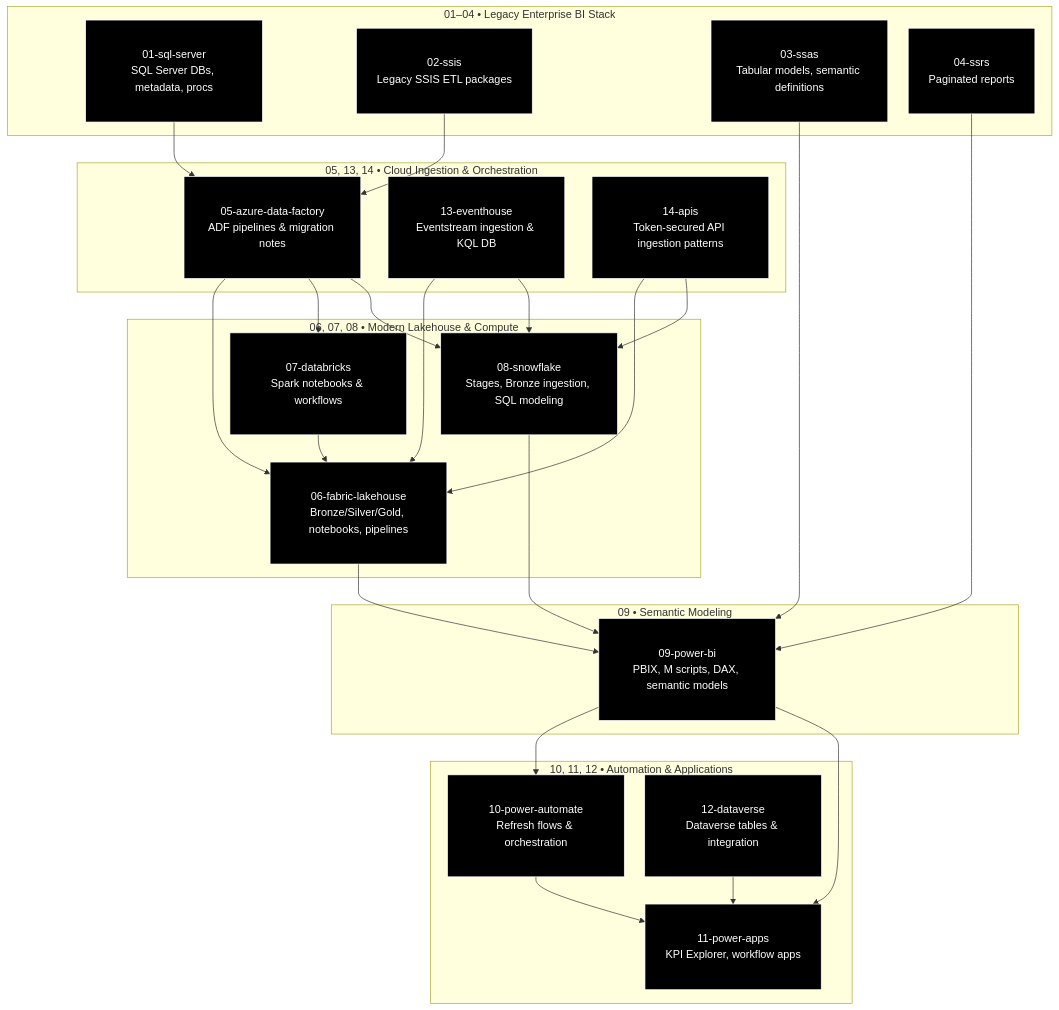
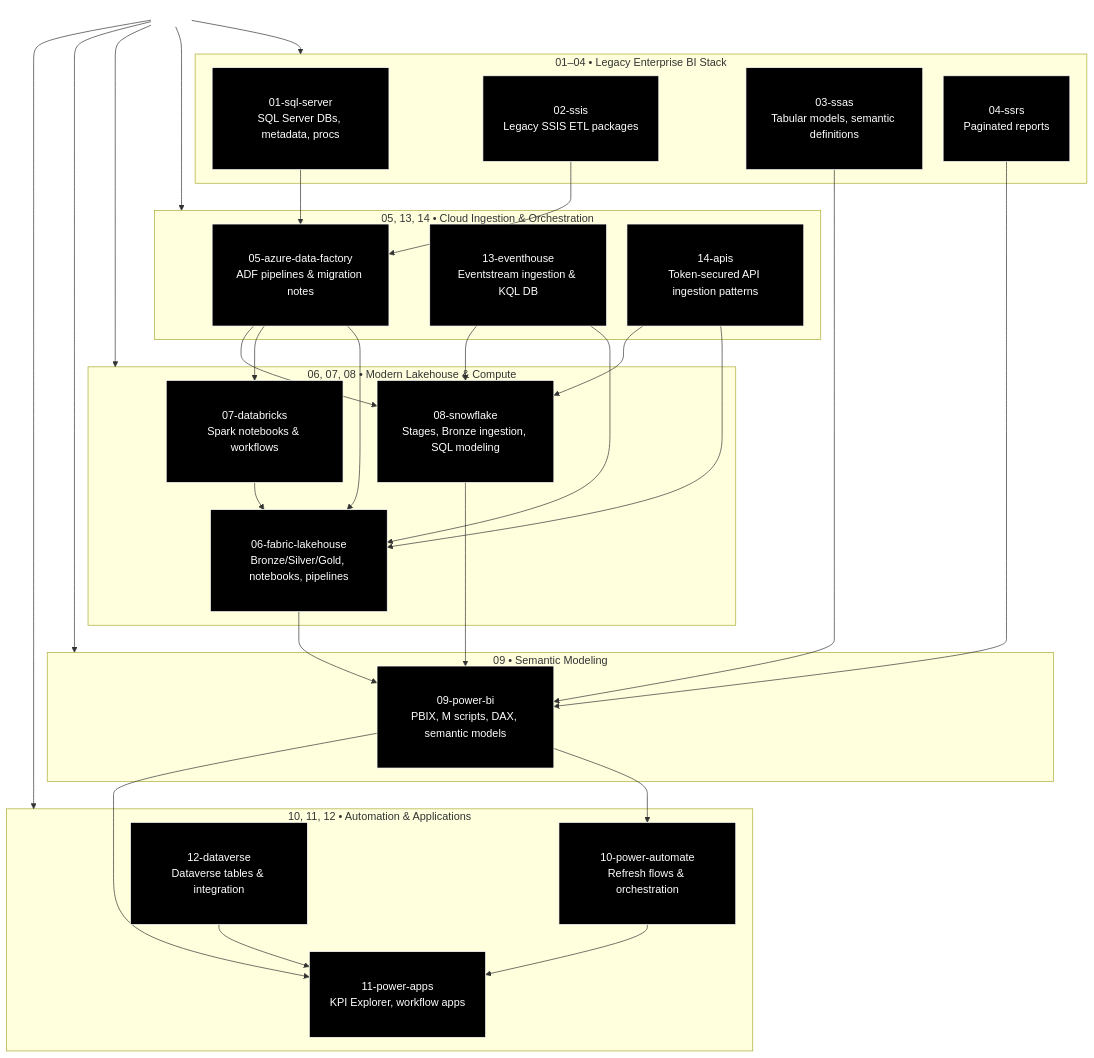
The diagram in docs/README.md (michaelraylloyd/gulf-to-bay-analytics-modernization), drawn with Mermaid before and after one commit.

Commit message:
Expanded SQL Server modernization narrative; added GTB-aligned documentation and DBA toolkit headers

```diff
--- a/docs/README.md
+++ b/docs/README.md
@@ -580,10 +580,15 @@
 classDef spacer fill:#0000,stroke:#0000,color:#0000;
 
 %% ---------------------------------
+%% GLOBAL SPACER ABOVE ALL SUBGRAPHS
+%% ---------------------------------
+TOP_PAD[" "]:::spacer
+
+%% ---------------------------------
 %% L1 — LEGACY ENTERPRISE BI STACK
 %% ---------------------------------
+TOP_PAD --> L1
 subgraph L1[01–04 • Legacy Enterprise BI Stack]
-    L1_PAD["\n\n"]:::spacer
     SQL[01-sql-server<br/>SQL Server DBs, metadata, procs]:::dark
     SSIS[02-ssis<br/>Legacy SSIS ETL packages]:::dark
     SSAS[03-ssas<br/>Tabular models, semantic definitions]:::dark
@@ -593,8 +598,8 @@
 %% ---------------------------------
 %% L2 — CLOUD INGESTION & ORCHESTRATION
 %% ---------------------------------
+TOP_PAD --> L2
 subgraph L2[05, 13, 14 • Cloud Ingestion & Orchestration]
-    L2_PAD["\n\n"]:::spacer
     ADF[05-azure-data-factory<br/>ADF pipelines & migration notes]:::dark
     EVENT[13-eventhouse<br/>Eventstream ingestion & KQL DB]:::dark
     APIS[14-apis<br/>Token-secured API ingestion patterns]:::dark
@@ -603,8 +608,8 @@
 %% ---------------------------------
 %% L3 — MODERN LAKEHOUSE & COMPUTE
 %% ---------------------------------
+TOP_PAD --> L3
 subgraph L3[06, 07, 08 • Modern Lakehouse & Compute]
-    L3_PAD["\n\n"]:::spacer
     FAB[06-fabric-lakehouse<br/>Bronze/Silver/Gold, notebooks, pipelines]:::dark
     DBX[07-databricks<br/>Spark notebooks & workflows]:::dark
     SNOW[08-snowflake<br/>Stages, Bronze ingestion, SQL modeling]:::dark
@@ -613,16 +618,16 @@
 %% ---------------------------------
 %% L4 — SEMANTIC MODELING
 %% ---------------------------------
+TOP_PAD --> L4
 subgraph L4[09 • Semantic Modeling]
-    L4_PAD["\n\n"]:::spacer
     PBI[09-power-bi<br/>PBIX, M scripts, DAX, semantic models]:::dark
 end
 
 %% ---------------------------------
 %% L5 — AUTOMATION & APPLICATIONS
 %% ---------------------------------
+TOP_PAD --> L5
 subgraph L5[10, 11, 12 • Automation & Applications]
-    L5_PAD["\n\n"]:::spacer
     PA[10-power-automate<br/>Refresh flows & orchestration]:::dark
     APPS[11-power-apps<br/>KPI Explorer, workflow apps]:::dark
     DV[12-dataverse<br/>Dataverse tables & integration]:::dark
```
